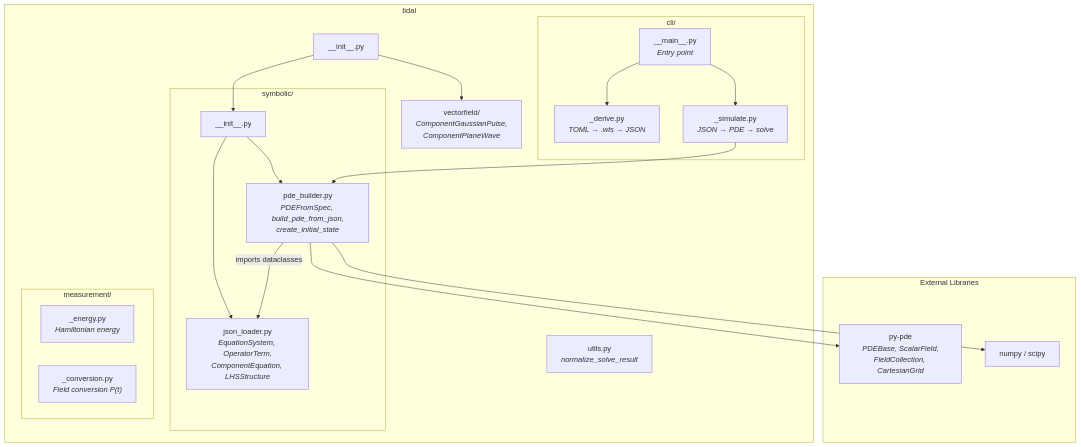
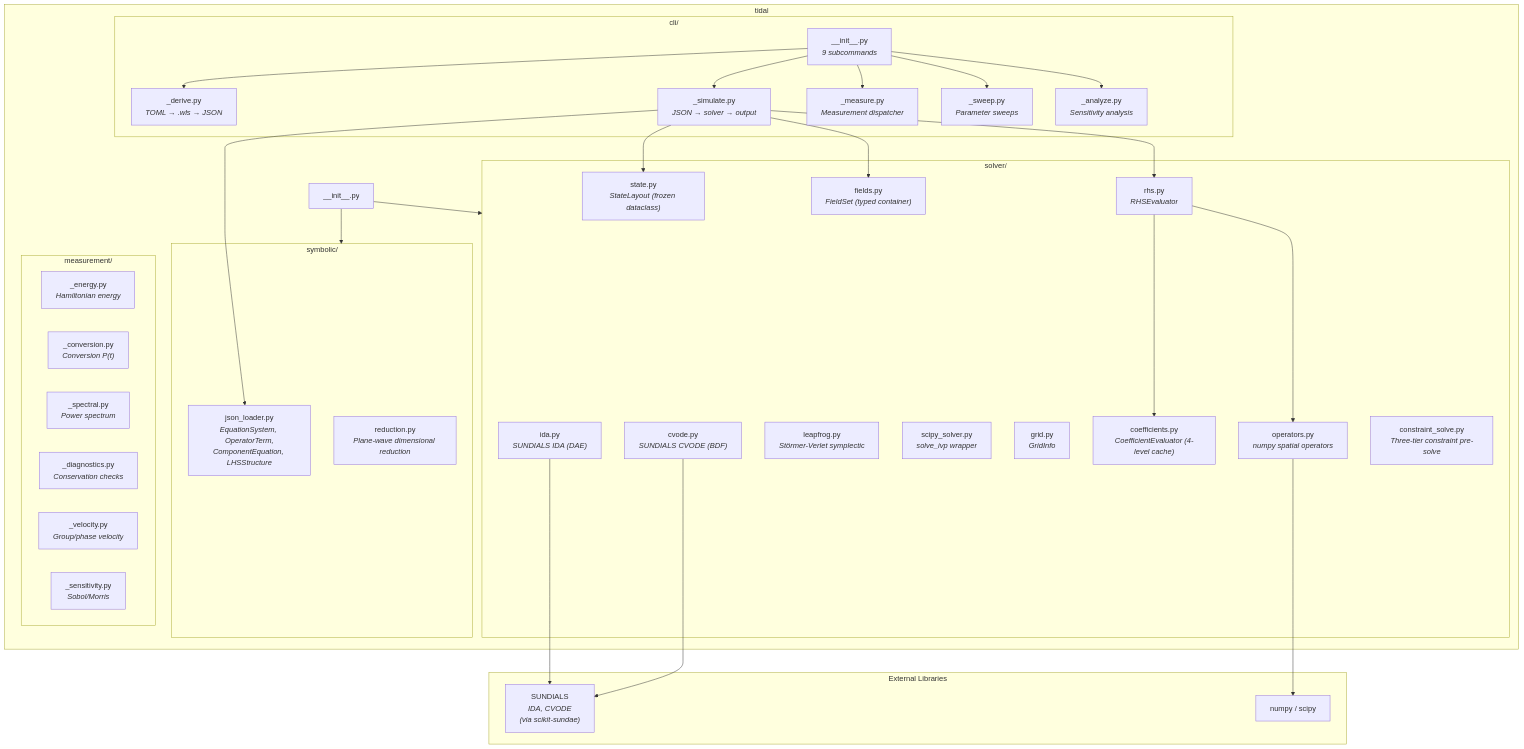
The second of 5 diagrams in docs/architecture/README.md (WilliamRoyce/tidal), drawn with Mermaid before and after one commit. The commit also changed other lines of this file and 10 other files, not shown here.

````diff
--- a/docs/architecture/README.md
+++ b/docs/architecture/README.md
@@ -65,43 +68,66 @@
 ```mermaid
 flowchart TD
     subgraph pkg["tidal"]
         init["__init__.py"]
 
         subgraph sym["symbolic/"]
-            sinit["__init__.py"]
             jl["json_loader.py<br/><i>EquationSystem, OperatorTerm,<br/>ComponentEquation, LHSStructure</i>"]
-            pb["pde_builder.py<br/><i>PDEFromSpec, build_pde_from_json,<br/>create_initial_state</i>"]
+            red["reduction.py<br/><i>Plane-wave dimensional reduction</i>"]
+        end
+
+        subgraph solver["solver/"]
+            ida["ida.py<br/><i>SUNDIALS IDA (DAE)</i>"]
+            cvode["cvode.py<br/><i>SUNDIALS CVODE (BDF)</i>"]
+            leap["leapfrog.py<br/><i>Störmer-Verlet symplectic</i>"]
+            scip["scipy_solver.py<br/><i>solve_ivp wrapper</i>"]
+            fields["fields.py<br/><i>FieldSet (typed container)</i>"]
+            state["state.py<br/><i>StateLayout (frozen dataclass)</i>"]
+            grid["grid.py<br/><i>GridInfo</i>"]
+            ops["operators.py<br/><i>numpy spatial operators</i>"]
+            coeff["coefficients.py<br/><i>CoefficientEvaluator (4-level cache)</i>"]
+            rhs["rhs.py<br/><i>RHSEvaluator</i>"]
+            csol["constraint_solve.py<br/><i>Three-tier constraint pre-solve</i>"]
         end
 
         subgraph cli["cli/"]
-            cmain["__main__.py<br/><i>Entry point</i>"]
+            cmain["__init__.py<br/><i>9 subcommands</i>"]
             cderiv["_derive.py<br/><i>TOML → .wls → JSON</i>"]
-            csim["_simulate.py<br/><i>JSON → PDE → solve</i>"]
+            csim["_simulate.py<br/><i>JSON → solver → output</i>"]
+            cmeas["_measure.py<br/><i>Measurement dispatcher</i>"]
+            cswp["_sweep.py<br/><i>Parameter sweeps</i>"]
+            canz["_analyze.py<br/><i>Sensitivity analysis</i>"]
         end
 
         subgraph meas["measurement/"]
             menergy["_energy.py<br/><i>Hamiltonian energy</i>"]
-            mconv["_conversion.py<br/><i>Field conversion P(t)</i>"]
+            mconv["_conversion.py<br/><i>Conversion P(t)</i>"]
+            mspec["_spectral.py<br/><i>Power spectrum</i>"]
+            mdiag["_diagnostics.py<br/><i>Conservation checks</i>"]
+            mvel["_velocity.py<br/><i>Group/phase velocity</i>"]
+            msens["_sensitivity.py<br/><i>Sobol/Morris</i>"]
         end
-
-        vf["vectorfield/<br/><i>ComponentGaussianPulse,<br/>ComponentPlaneWave</i>"]
-        utils["utils.py<br/><i>normalize_solve_result</i>"]
     end
 
-    init --> sinit
-    init --> vf
-    sinit --> jl
-    sinit --> pb
-    pb -- "imports dataclasses" --> jl
+    init --> sym
+    init --> solver
     cmain --> cderiv
     cmain --> csim
-    csim --> pb
+    cmain --> cmeas
+    cmain --> cswp
+    cmain --> canz
+    csim --> jl
+    csim --> state
+    csim --> fields
+    csim --> rhs
+    rhs --> coeff
+    rhs --> ops
 
     subgraph ext["External Libraries"]
-        pypde["py-pde<br/><i>PDEBase, ScalarField,<br/>FieldCollection, CartesianGrid</i>"]
+        sundials["SUNDIALS<br/><i>IDA, CVODE<br/>(via scikit-sundae)</i>"]
         numpy["numpy / scipy"]
     end
 
-    pb --> pypde
-    pb --> numpy
+    ida --> sundials
+    cvode --> sundials
+    ops --> numpy
 ```
````
